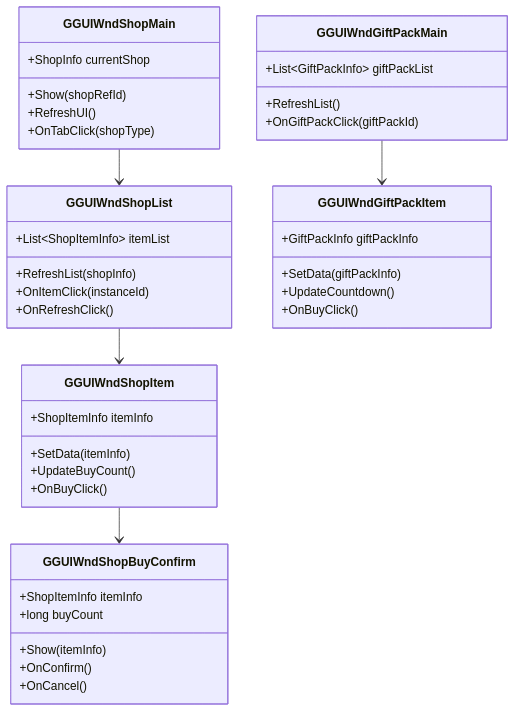
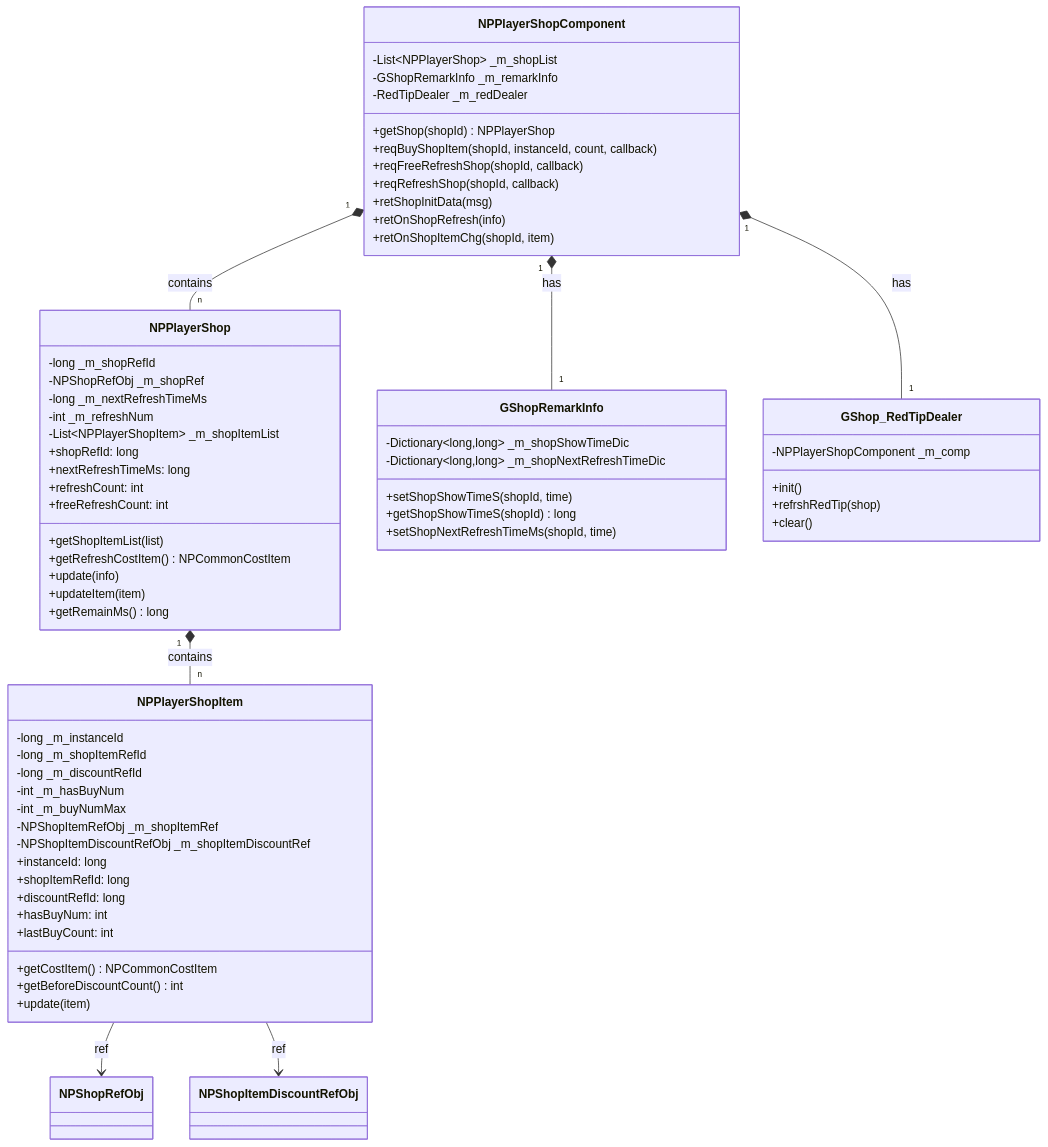
One commit to Alan-Ben/k2c_game_framework changed the first of 4 diagrams in docs/Module_Shop/03_客户端开发.md. Above: the diagram before and after it, drawn with Mermaid. The commit also changed other lines of this file and 32 other files, not shown here.

````diff
--- a/docs/Module_Shop/03_客户端开发.md
+++ b/docs/Module_Shop/03_客户端开发.md
@@ -331,49 +16,72 @@
 ```mermaid
 classDiagram
-    class GGUIWndShopMain {
-        +ShopInfo currentShop
-        +Show(shopRefId)
-        +RefreshUI()
-        +OnTabClick(shopType)
+    class NPPlayerShopComponent {
+        -List~NPPlayerShop~ _m_shopList
+        -GShopRemarkInfo _m_remarkInfo
+        -RedTipDealer _m_redDealer
+        +getShop(shopId) NPPlayerShop
+        +reqBuyShopItem(shopId, instanceId, count, callback)
+        +reqFreeRefreshShop(shopId, callback)
+        +reqRefreshShop(shopId, callback)
+        +retShopInitData(msg)
+        +retOnShopRefresh(info)
+        +retOnShopItemChg(shopId, item)
     }
 
-    class GGUIWndShopList {
-        +List~ShopItemInfo~ itemList
-        +RefreshList(shopInfo)
-        +OnItemClick(instanceId)
-        +OnRefreshClick()
+    class NPPlayerShop {
+        -long _m_shopRefId
+        -NPShopRefObj _m_shopRef
+        -long _m_nextRefreshTimeMs
+        -int _m_refreshNum
+        -List~NPPlayerShopItem~ _m_shopItemList
+        +shopRefId: long
+        +nextRefreshTimeMs: long
+        +refreshCount: int
+        +freeRefreshCount: int
+        +getShopItemList(list)
+        +getRefreshCostItem() NPCommonCostItem
+        +update(info)
+        +updateItem(item)
+        +getRemainMs() long
     }
 
-    class GGUIWndShopItem {
-        +ShopItemInfo itemInfo
-        +SetData(itemInfo)
-        +UpdateBuyCount()
-        +OnBuyClick()
+    class NPPlayerShopItem {
+        -long _m_instanceId
+        -long _m_shopItemRefId
+        -long _m_discountRefId
+        -int _m_hasBuyNum
+        -int _m_buyNumMax
+        -NPShopItemRefObj _m_shopItemRef
+        -NPShopItemDiscountRefObj _m_shopItemDiscountRef
+        +instanceId: long
+        +shopItemRefId: long
+        +discountRefId: long
+        +hasBuyNum: int
+        +lastBuyCount: int
+        +getCostItem() NPCommonCostItem
+        +getBeforeDiscountCount() int
+        +update(item)
     }
 
-    class GGUIWndShopBuyConfirm {
-        +ShopItemInfo itemInfo
-        +long buyCount
-        +Show(itemInfo)
-        +OnConfirm()
-        +OnCancel()
+    class GShopRemarkInfo {
+        -Dictionary~long,long~ _m_shopShowTimeDic
+        -Dictionary~long,long~ _m_shopNextRefreshTimeDic
+        +setShopShowTimeS(shopId, time)
+        +getShopShowTimeS(shopId) long
+        +setShopNextRefreshTimeMs(shopId, time)
     }
 
-    class GGUIWndGiftPackMain {
-        +List~GiftPackInfo~ giftPackList
-        +RefreshList()
-        +OnGiftPackClick(giftPackId)
+    class GShop_RedTipDealer {
+        -NPPlayerShopComponent _m_comp
+        +init()
+        +refrshRedTip(shop)
+        +clear()
     }
 
-    class GGUIWndGiftPackItem {
-        +GiftPackInfo giftPackInfo
-        +SetData(giftPackInfo)
-        +UpdateCountdown()
-        +OnBuyClick()
-    }
-
-    GGUIWndShopMain --> GGUIWndShopList
-    GGUIWndShopList --> GGUIWndShopItem
-    GGUIWndShopItem --> GGUIWndShopBuyConfirm
-    GGUIWndGiftPackMain --> GGUIWndGiftPackItem
+    NPPlayerShopComponent "1" *-- "n" NPPlayerShop : contains
+    NPPlayerShop "1" *-- "n" NPPlayerShopItem : contains
+    NPPlayerShopComponent "1" *-- "1" GShopRemarkInfo : has
+    NPPlayerShopComponent "1" *-- "1" GShop_RedTipDealer : has
+    NPPlayerShopItem --> NPShopRefObj : ref
+    NPPlayerShopItem --> NPShopItemDiscountRefObj : ref
 ```
````
